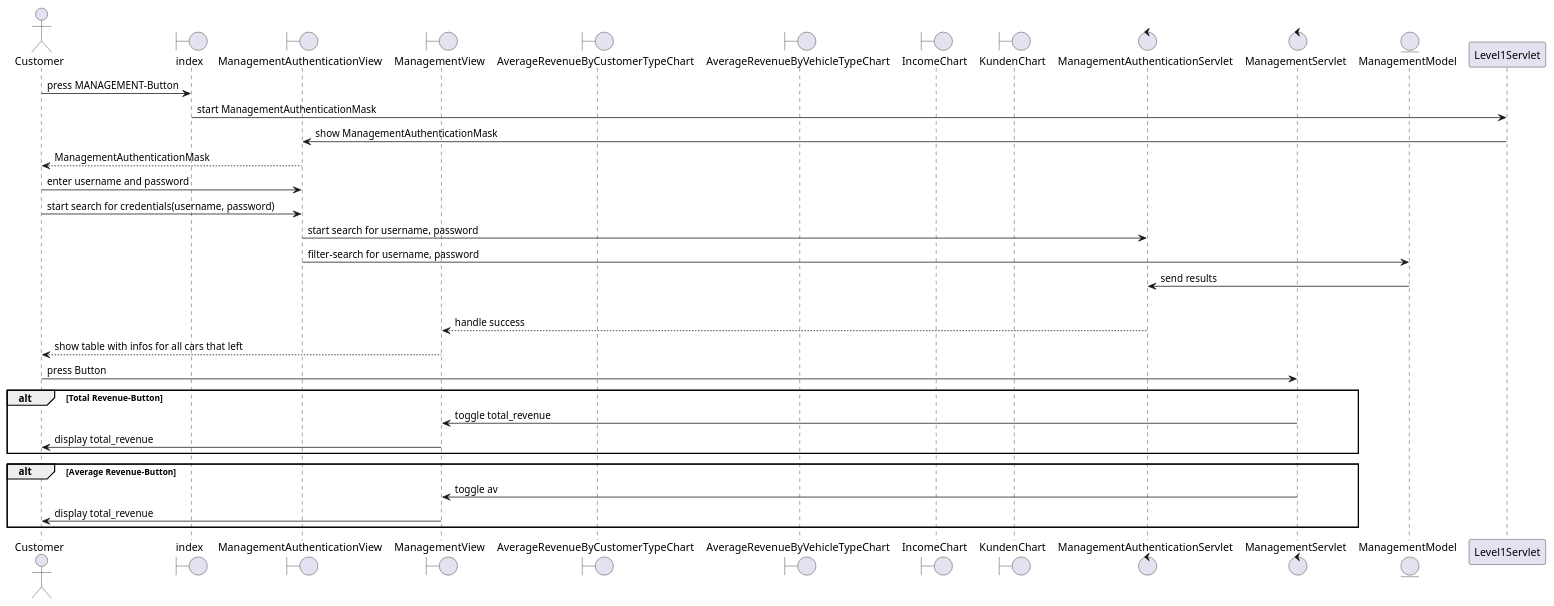
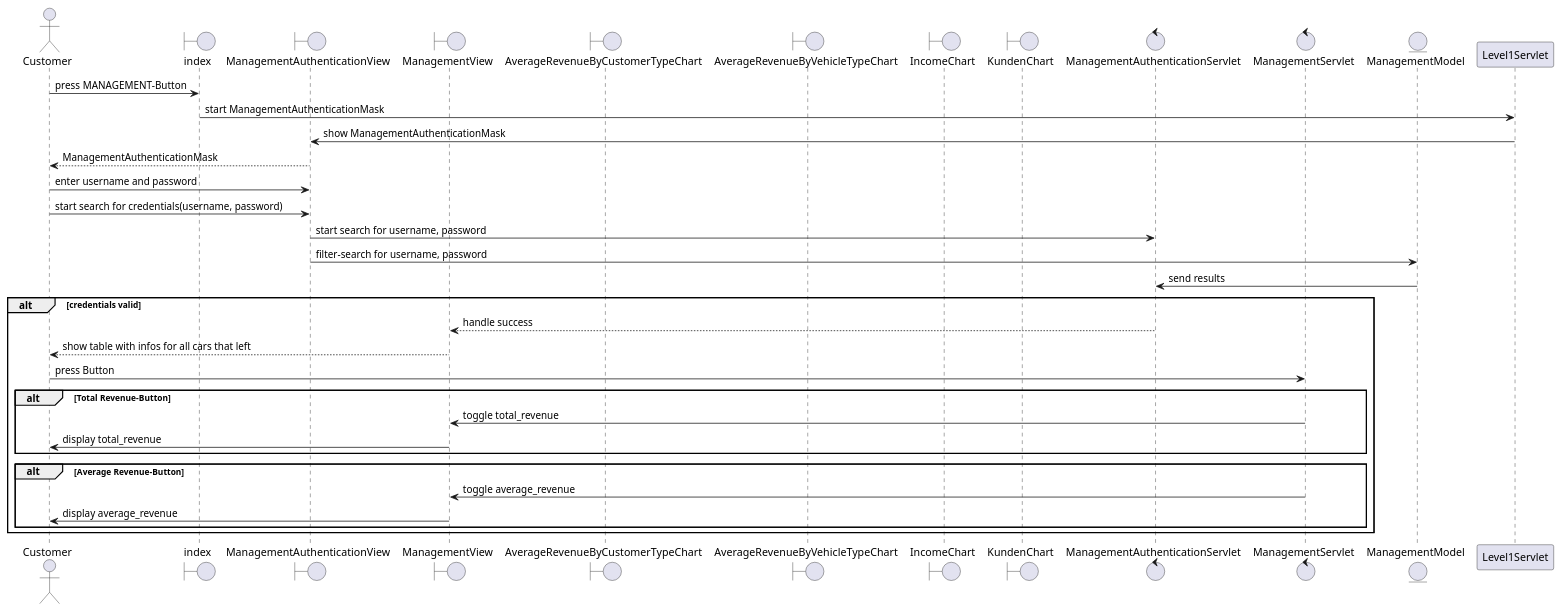
Before and after one commit to 1nbetw33n/Parkhaus_new: the diagram in src/main/parkhaus-project/Parkhaus/java/Planung/DIAGRAMS/sd_Management.puml, drawn with PlantUML.

Commit message:
Added Average Revenue Button

```diff
--- a/src/main/parkhaus-project/Parkhaus/java/Planung/DIAGRAMS/sd_Management.puml
+++ b/src/main/parkhaus-project/Parkhaus/java/Planung/DIAGRAMS/sd_Management.puml
@@ -1,37 +1,40 @@
 @startuml
 'https://plantuml.com/sequence-diagram
 actor Customer
 boundary index
 boundary ManagementAuthenticationView
 boundary ManagementView
 boundary AverageRevenueByCustomerTypeChart
 boundary AverageRevenueByVehicleTypeChart
 boundary IncomeChart
 boundary KundenChart
 control ManagementAuthenticationServlet
 control ManagementServlet
 entity ManagementModel
 Customer -> index : press MANAGEMENT-Button
 index -> Level1Servlet : start ManagementAuthenticationMask
 Level1Servlet -> ManagementAuthenticationView : show ManagementAuthenticationMask
 ManagementAuthenticationView --> Customer : ManagementAuthenticationMask
 Customer -> ManagementAuthenticationView : enter username and password
 Customer -> ManagementAuthenticationView : start search for credentials(username, password)
 ManagementAuthenticationView -> ManagementAuthenticationServlet : start search for username, password
 ManagementAuthenticationView -> ManagementModel : filter-search for username, password
 ManagementModel -> ManagementAuthenticationServlet : send results
 alt credentials valid
     ManagementAuthenticationServlet --> ManagementView : handle success
     ManagementView --> Customer : show table with infos for all cars that left
     Customer -> ManagementServlet : press Button
     alt Total Revenue-Button
         ManagementServlet -> ManagementView : toggle total_revenue
         ManagementView -> Customer : display total_revenue
     end
     alt Average Revenue-Button
-        ManagementServlet -> ManagementView : toggle av
-        ManagementView -> Customer : display total_revenue
+        ManagementServlet -> ManagementView : toggle average_revenue
+        ManagementView -> Customer : display average_revenue
+    end
+
+
 end
 
 
 @enduml
```
